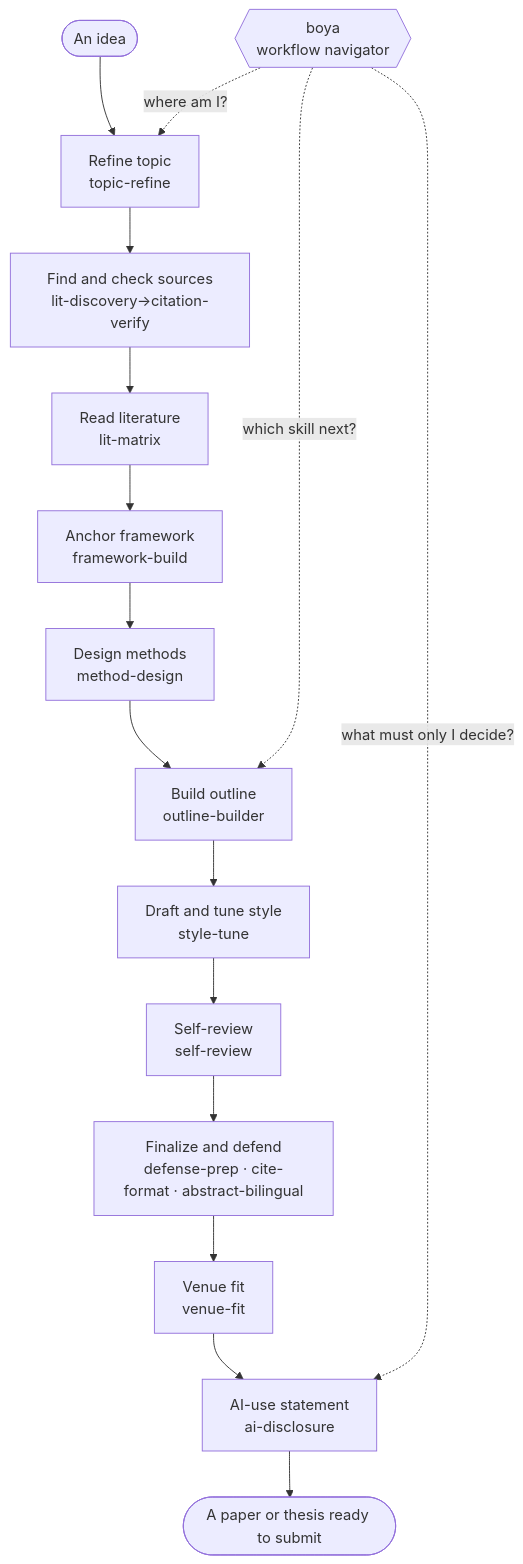
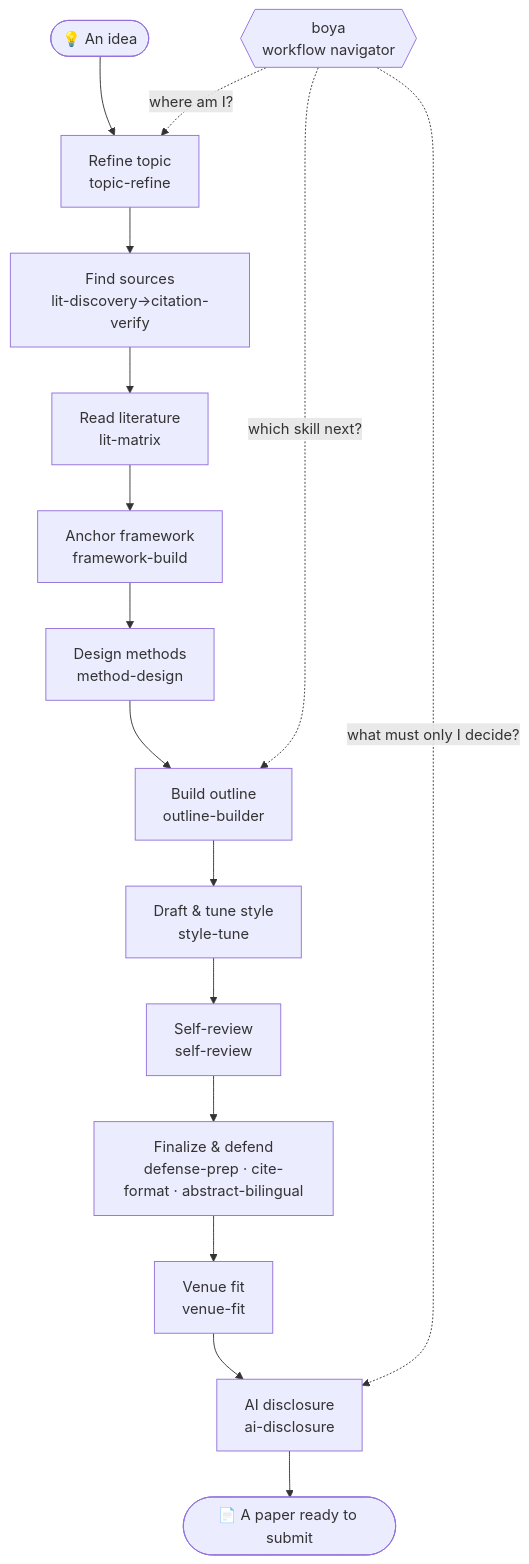
The diagram in README.en.md (DylanChiang-Dev/BOYA-skills), drawn with Mermaid before and after one commit. The commit also changed other lines of this file and 2 other files, not shown here.

````diff
--- a/README.en.md
+++ b/README.en.md
@@ -48,18 +59,18 @@
 ```mermaid
 flowchart TD
-    Start([An idea]) --> S1[Refine topic<br/>topic-refine]
-    S1 --> S2[Find and check sources<br/>lit-discovery→citation-verify]
+    Start([💡 An idea]) --> S1[Refine topic<br/>topic-refine]
+    S1 --> S2[Find sources<br/>lit-discovery→citation-verify]
     S2 --> S3[Read literature<br/>lit-matrix]
     S3 --> SF[Anchor framework<br/>framework-build]
     SF --> S4[Design methods<br/>method-design]
     S4 --> S5[Build outline<br/>outline-builder]
-    S5 --> S6[Draft and tune style<br/>style-tune]
+    S5 --> S6[Draft & tune style<br/>style-tune]
     S6 --> S7[Self-review<br/>self-review]
-    S7 --> S8[Finalize and defend<br/>defense-prep · cite-format · abstract-bilingual]
+    S7 --> S8[Finalize & defend<br/>defense-prep · cite-format · abstract-bilingual]
     S8 --> S9[Venue fit<br/>venue-fit]
-    S9 --> S10[AI-use statement<br/>ai-disclosure]
-    S10 --> End([A paper or thesis ready to submit])
+    S9 --> S10[AI disclosure<br/>ai-disclosure]
+    S10 --> End([📄 A paper ready to submit])
     RM{{boya<br/>workflow navigator}} -.where am I?.-> S1
     RM -.which skill next?.-> S5
     RM -.what must only I decide?.-> S10
 ```
````
